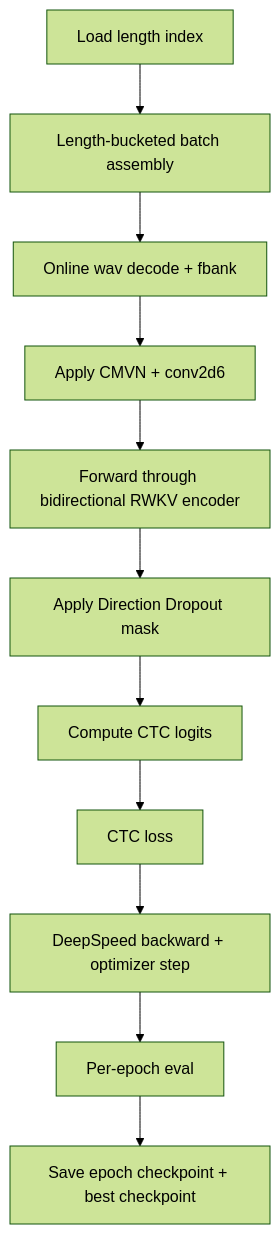
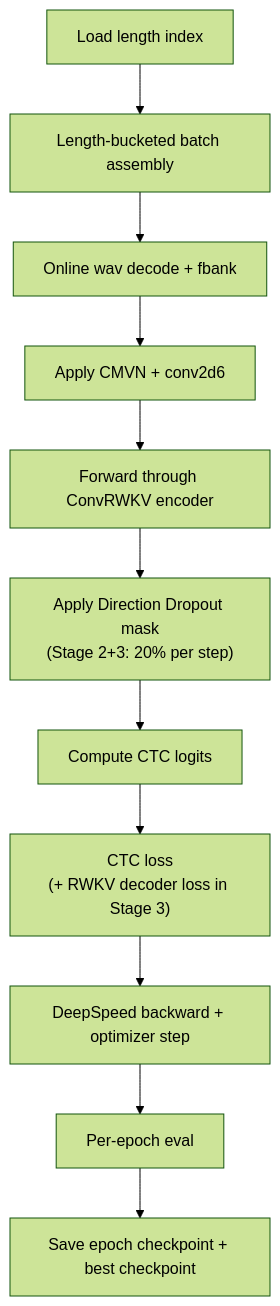
One commit to yynil/rwkvasr_longform_asr changed the seventh of 9 diagrams in README.md. Above: the diagram before and after it, drawn with Mermaid (forest theme). The commit also changed other lines of this file, not shown here.

First line of the commit message:
docs: update README to match new ConvRWKV-CTC/RWKV architecture diagram

````diff
--- a/README.md
+++ b/README.md
@@ -114,13 +172,13 @@
 ```mermaid
 flowchart TD
     A[Load length index] --> B[Length-bucketed batch assembly]
     B --> C[Online wav decode + fbank]
     C --> D[Apply CMVN + conv2d6]
-    D --> E[Forward through bidirectional RWKV encoder]
-    E --> F[Apply Direction Dropout mask]
+    D --> E[Forward through ConvRWKV encoder]
+    E --> F["Apply Direction Dropout mask\n(Stage 2+3: 20% per step)"]
     F --> G[Compute CTC logits]
-    G --> H[CTC loss]
+    G --> H["CTC loss\n(+ RWKV decoder loss in Stage 3)"]
     H --> I[DeepSpeed backward + optimizer step]
     I --> J[Per-epoch eval]
     J --> K[Save epoch checkpoint + best checkpoint]
 ```
````
